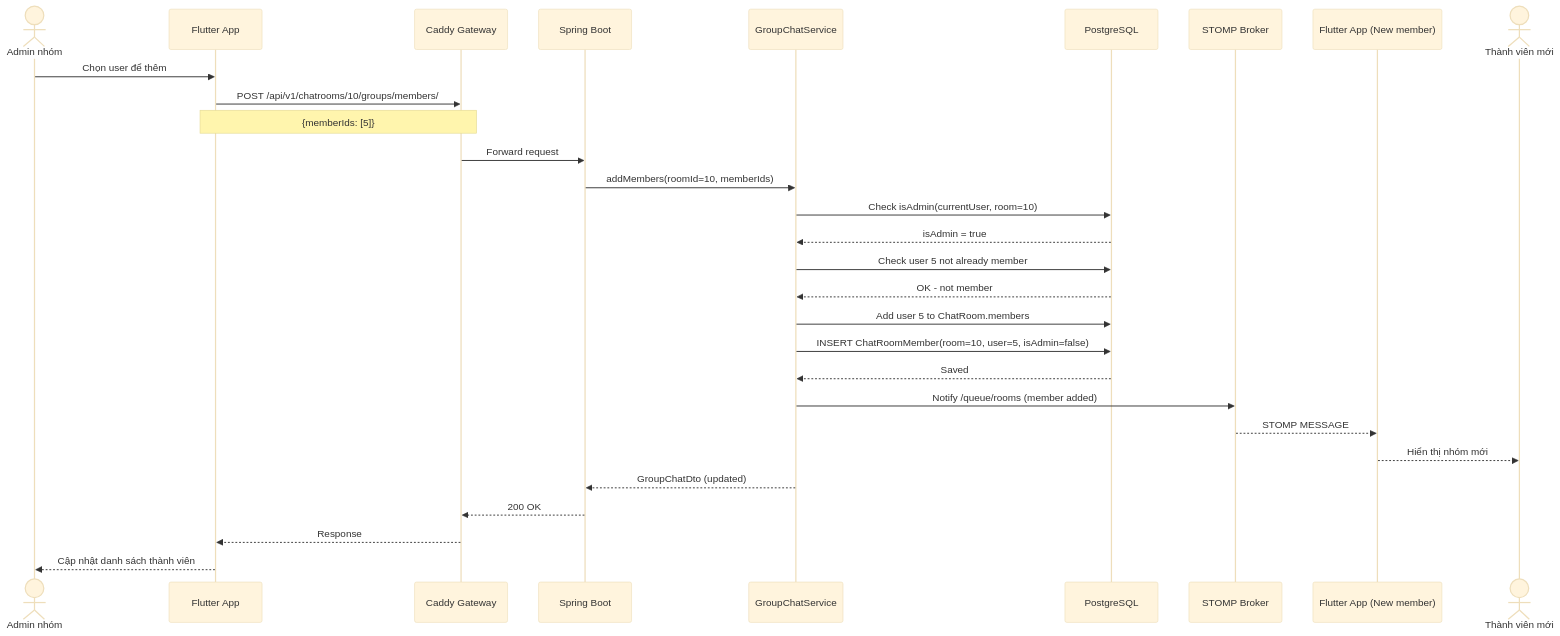
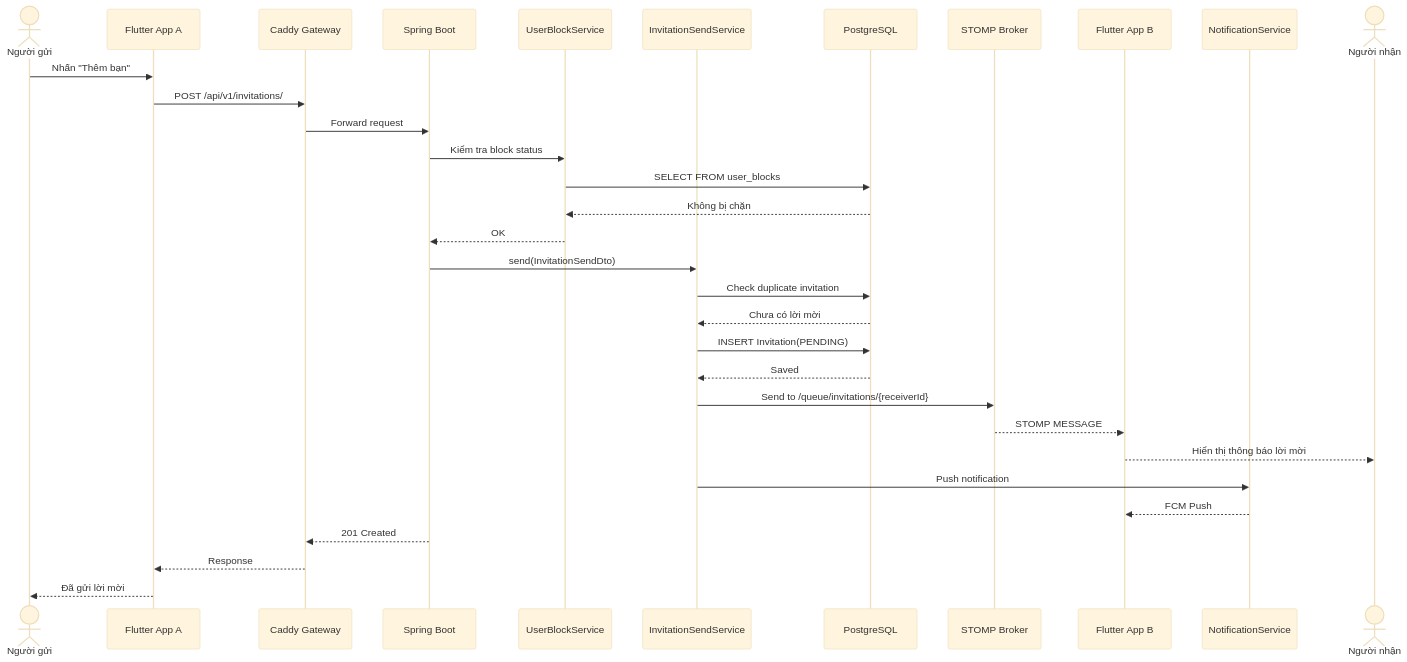
One commit to HiepNguyen284/chatapp changed the sixth of 10 diagrams in bao_cao_thanh_vien_3.md. Above: the diagram before and after it, drawn with Mermaid (base theme). The commit also changed other lines of this file and 4473 other files, not shown here.

````diff
--- a/bao_cao_thanh_vien_3.md
+++ b/bao_cao_thanh_vien_3.md
@@ -666,32 +746,35 @@
 ```mermaid
 sequenceDiagram
-    actor Admin as Admin nhóm
-    participant App as Flutter App
+    actor UserA as Người gửi
+    participant AppA as Flutter App A
     participant API as Caddy Gateway
     participant SB as Spring Boot
-    participant GrpSvc as GroupChatService
+    participant BlockSvc as UserBlockService
+    participant InvSvc as InvitationSendService
     participant DB as PostgreSQL
     participant STOMP as STOMP Broker
-    participant AppNew as Flutter App (New member)
-    actor NewUser as Thành viên mới
+    participant AppB as Flutter App B
+    participant Notify as NotificationService
+    actor UserB as Người nhận
 
-    Admin->>App: Chọn user để thêm
-    App->>API: POST /api/v1/chatrooms/10/groups/members/
-    Note over App,API: {memberIds: [5]}
+    UserA->>AppA: Nhấn "Thêm bạn"
+    AppA->>API: POST /api/v1/invitations/
     API->>SB: Forward request
-    SB->>GrpSvc: addMembers(roomId=10, memberIds)
-    GrpSvc->>DB: Check isAdmin(currentUser, room=10)
-    DB-->>GrpSvc: isAdmin = true
-    GrpSvc->>DB: Check user 5 not already member
-    DB-->>GrpSvc: OK - not member
-    GrpSvc->>DB: Add user 5 to ChatRoom.members
-    GrpSvc->>DB: INSERT ChatRoomMember(room=10, user=5, isAdmin=false)
-    DB-->>GrpSvc: Saved
-    GrpSvc->>STOMP: Notify /queue/rooms (member added)
-    STOMP-->>AppNew: STOMP MESSAGE
-    AppNew-->>NewUser: Hiển thị nhóm mới
-    GrpSvc-->>SB: GroupChatDto (updated)
-    SB-->>API: 200 OK
-    API-->>App: Response
-    App-->>Admin: Cập nhật danh sách thành viên
+    SB->>BlockSvc: Kiểm tra block status
+    BlockSvc->>DB: SELECT FROM user_blocks
+    DB-->>BlockSvc: Không bị chặn
+    BlockSvc-->>SB: OK
+    SB->>InvSvc: send(InvitationSendDto)
+    InvSvc->>DB: Check duplicate invitation
+    DB-->>InvSvc: Chưa có lời mời
+    InvSvc->>DB: INSERT Invitation(PENDING)
+    DB-->>InvSvc: Saved
+    InvSvc->>STOMP: Send to /queue/invitations/{receiverId}
+    STOMP-->>AppB: STOMP MESSAGE
+    AppB-->>UserB: Hiển thị thông báo lời mời
+    InvSvc->>Notify: Push notification
+    Notify-->>AppB: FCM Push
+    SB-->>API: 201 Created
+    API-->>AppA: Response
+    AppA-->>UserA: Đã gửi lời mời
 ```
````
